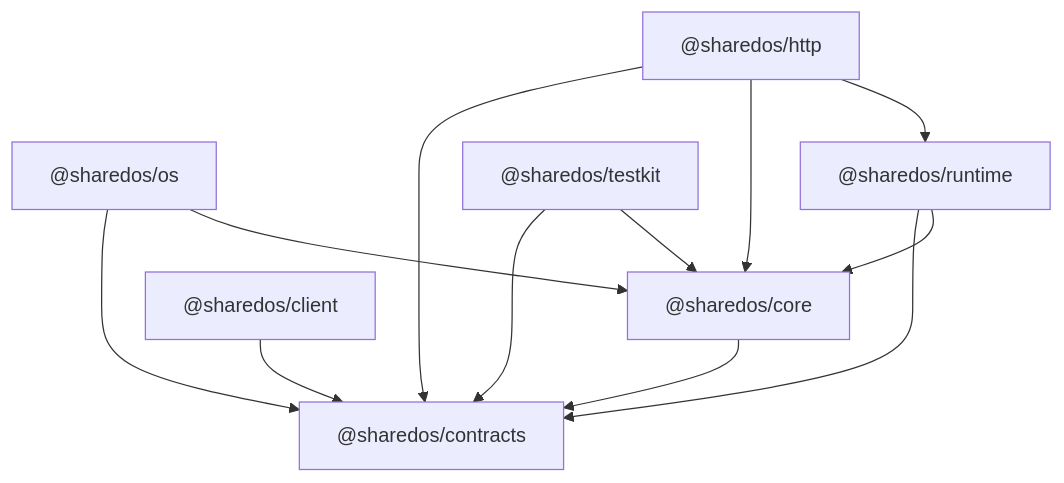
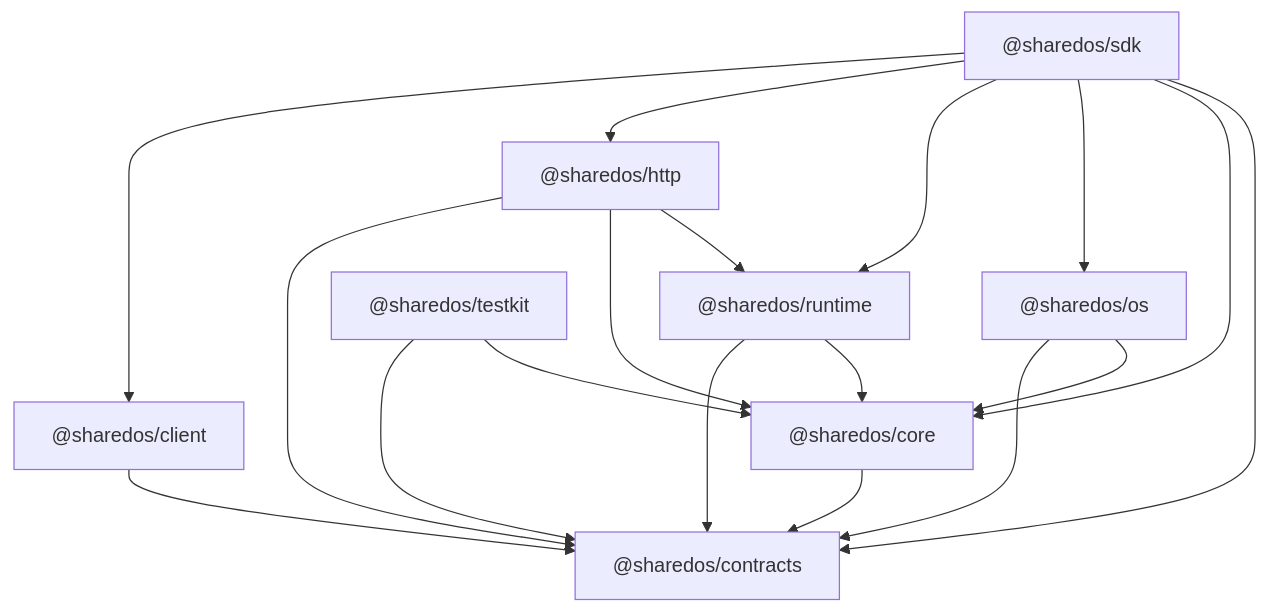
The first of 2 diagrams in docs/architecture.md (Aicoo-Team/SharedOS), drawn with Mermaid before and after one commit. The commit also changed other lines of this file and 54 other files, not shown here.

````diff
--- a/docs/architecture.md
+++ b/docs/architecture.md
@@ -36,15 +36,21 @@
 ```mermaid
 flowchart TD
   CT["@sharedos/contracts"]
   CO["@sharedos/core"] --> CT
   OS["@sharedos/os"] --> CO
   OS --> CT
   RT["@sharedos/runtime"] --> CO
   RT --> CT
   HT["@sharedos/http"] --> RT
   HT --> CO
   HT --> CT
   CL["@sharedos/client"] --> CT
+  SDK["@sharedos/sdk"] --> CT
+  SDK --> CO
+  SDK --> OS
+  SDK --> RT
+  SDK --> HT
+  SDK --> CL
   TK["@sharedos/testkit"] --> CO
   TK --> CT
 ```
````
